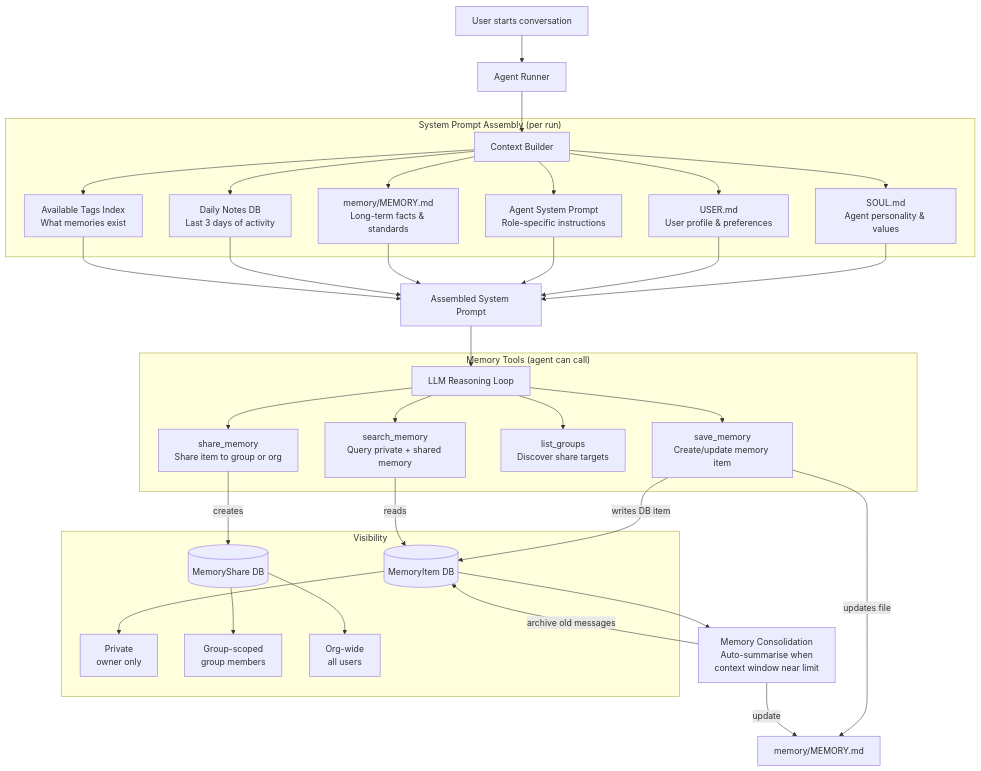
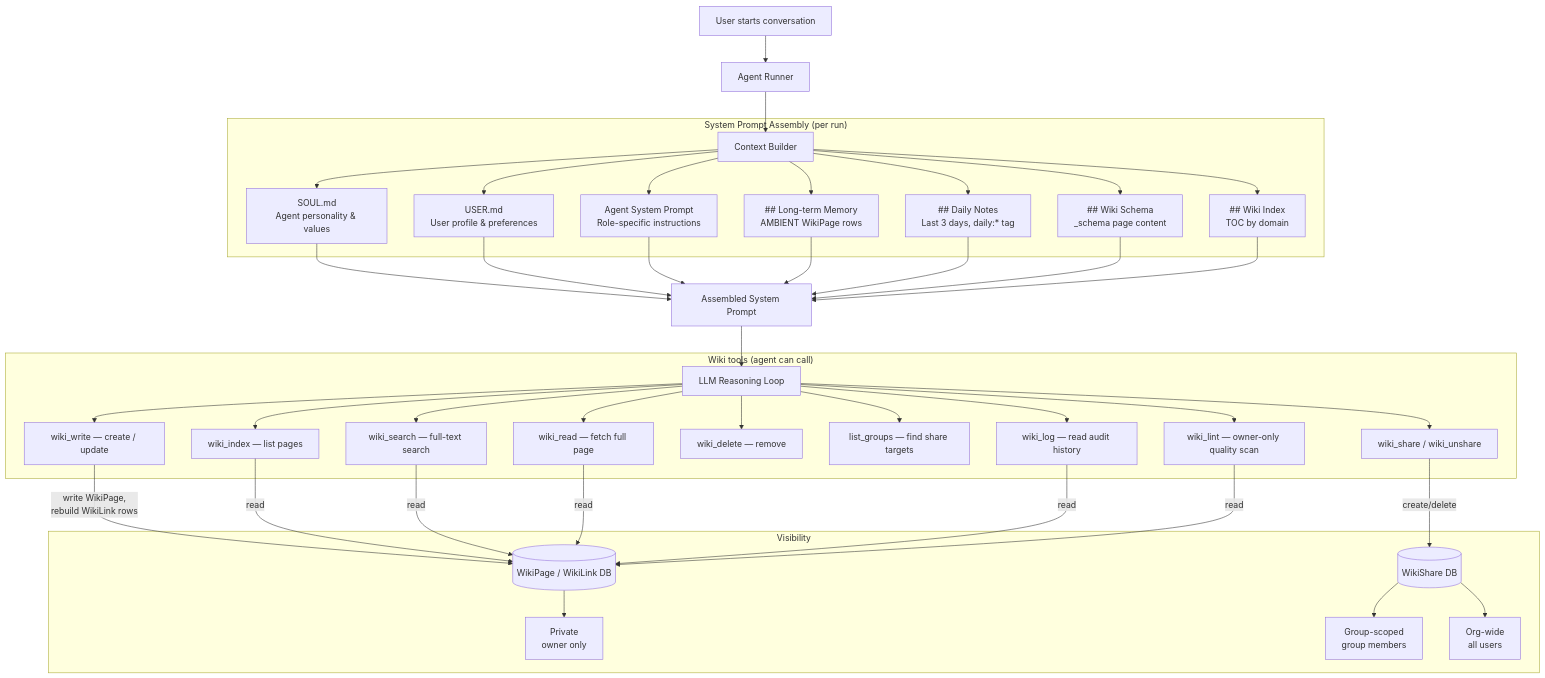
The first of 4 diagrams in docs/MEMORY.md (aibyml-ngo/clawix), drawn with Mermaid before and after one commit. The commit also changed other lines of this file, not shown here.

````diff
--- a/docs/MEMORY.md
+++ b/docs/MEMORY.md
@@ -88,39 +138,40 @@
 ```mermaid
 flowchart TD
     A[User starts conversation] --> B[Agent Runner]
     B --> C[Context Builder]
 
     subgraph CONTEXT["System Prompt Assembly (per run)"]
         C --> D1[SOUL.md\nAgent personality & values]
         C --> D2[USER.md\nUser profile & preferences]
         C --> D3[Agent System Prompt\nRole-specific instructions]
-        C --> D4[memory/MEMORY.md\nLong-term facts & standards]
-        C --> D5[Daily Notes DB\nLast 3 days of activity]
-        C --> D6[Available Tags Index\nWhat memories exist]
+        C --> D4["## Long-term Memory\nAMBIENT WikiPage rows"]
+        C --> D5["## Daily Notes\nLast 3 days, daily:* tag"]
+        C --> D6["## Wiki Schema\n_schema page content"]
+        C --> D7["## Wiki Index\nTOC by domain"]
     end
 
-    D1 & D2 & D3 & D4 & D5 & D6 --> E[Assembled System Prompt]
+    D1 & D2 & D3 & D4 & D5 & D6 & D7 --> E[Assembled System Prompt]
     E --> F[LLM Reasoning Loop]
 
-    subgraph TOOLS["Memory Tools (agent can call)"]
-        F --> T1[save_memory\nCreate/update memory item]
-        F --> T2[search_memory\nQuery private + shared memory]
-        F --> T3[list_groups\nDiscover share targets]
-        F --> T4[share_memory\nShare item to group or org]
+    subgraph TOOLS["Wiki tools (agent can call)"]
+        F --> T1[wiki_index — list pages]
+        F --> T2[wiki_search — full-text search]
+        F --> T3[wiki_read — fetch full page]
+        F --> T4[wiki_write — create / update]
+        F --> T5[wiki_delete — remove]
+        F --> T6[list_groups — find share targets]
+        F --> T7[wiki_share / wiki_unshare]
+        F --> T8[wiki_log — read audit history]
+        F --> T9[wiki_lint — owner-only quality scan]
     end
 
-    T1 -->|writes DB item| G[(MemoryItem DB)]
-    T1 -->|updates file| H[memory/MEMORY.md]
-    T2 -->|reads| G
-    T4 -->|creates| I[(MemoryShare DB)]
+    T4 -->|write WikiPage,\nrebuild WikiLink rows| G[(WikiPage / WikiLink DB)]
+    T1 & T2 & T3 & T8 & T9 -->|read| G
+    T7 -->|create/delete| I[(WikiShare DB)]
 
     subgraph SHARING["Visibility"]
         G --> V1[Private\nowner only]
         I --> V2[Group-scoped\ngroup members]
         I --> V3[Org-wide\nall users]
     end
-
-    G --> J[Memory Consolidation\nAuto-summarise when\ncontext window near limit]
-    J -->|archive old messages| G
-    J -->|update| H
 ```
````
